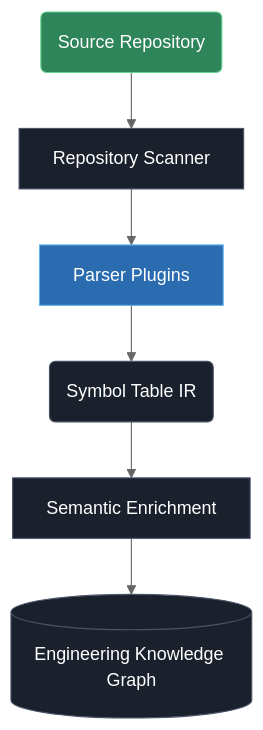
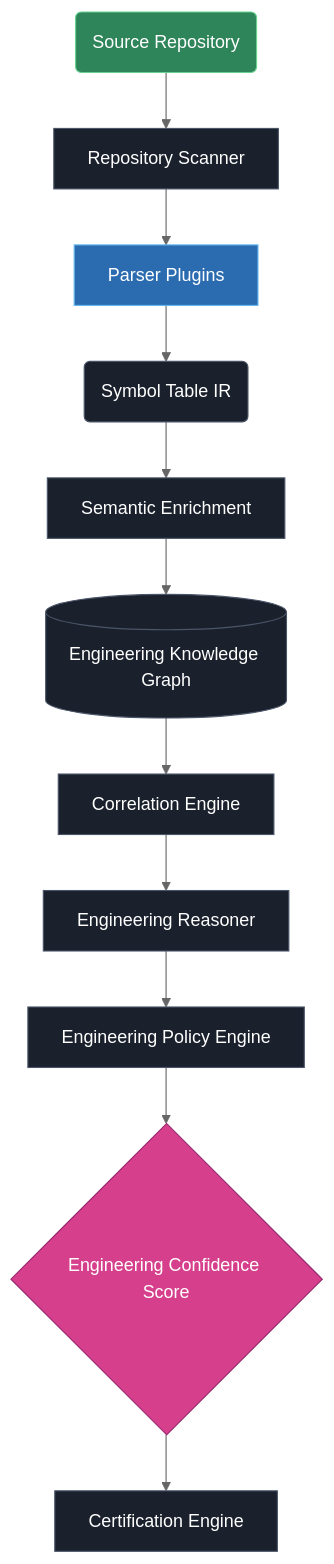
The diagram in README.md (Aryamannatrajan21/OSEF), drawn with Mermaid (neutral theme) before and after one commit.

Commit message:
docs: update architecture diagram to include Phase II engines

````diff
--- a/README.md
+++ b/README.md
@@ -42,18 +42,25 @@
 ```mermaid
 graph TD
     classDef core fill:#1a202c,stroke:#4a5568,color:#fff;
     classDef plugin fill:#2b6cb0,stroke:#63b3ed,color:#fff;
     classDef output fill:#2f855a,stroke:#68d391,color:#fff;
+    classDef highlight fill:#d53f8c,stroke:#97266d,color:#fff;
 
     A(Source Repository) --> B[Repository Scanner]
     B --> C[Parser Plugins]
     
     C --> D(Symbol Table IR)
     D --> E[Semantic Enrichment]
     E --> F[(Engineering Knowledge Graph)]
     
+    F --> G[Correlation Engine]
+    G --> H[Engineering Reasoner]
+    H --> I[Engineering Policy Engine]
+    I --> J{Engineering Confidence Score}
+    J --> K[Certification Engine]
 
-    class B,D,E,F,G,H,I core;
-    class C,J,K,L plugin;
+    class B,D,E,F,G,H,I,K core;
+    class C plugin;
     class A output;
+    class J highlight;
 ```
````
